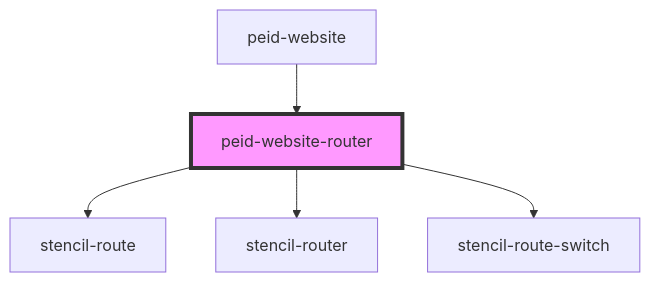
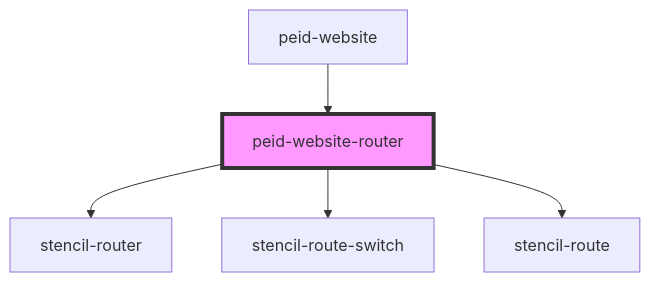
One commit to peidesign/princeedwardisland.design changed the diagram in packages/website/src/app/components/router/readme.md. Above: the diagram before and after it, drawn with Mermaid. The commit also changed other lines of this file and 3 other files, not shown here.

````diff
--- a/packages/website/src/app/components/router/readme.md
+++ b/packages/website/src/app/components/router/readme.md
@@ -28,8 +29,8 @@
 ```mermaid
 graph TD;
-  peid-website-router --> stencil-route
   peid-website-router --> stencil-router
   peid-website-router --> stencil-route-switch
+  peid-website-router --> stencil-route
   peid-website --> peid-website-router
   style peid-website-router fill:#f9f,stroke:#333,stroke-width:4px
 ```
````
